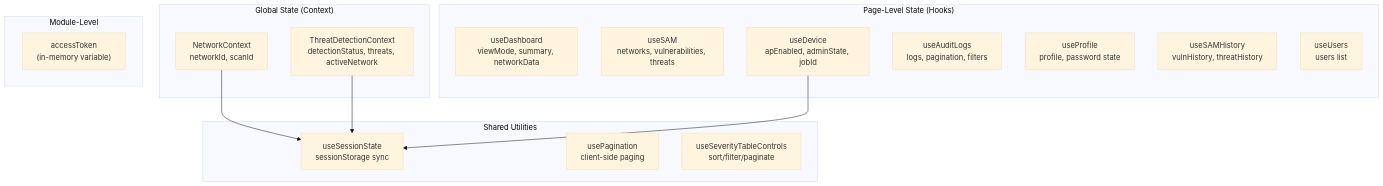
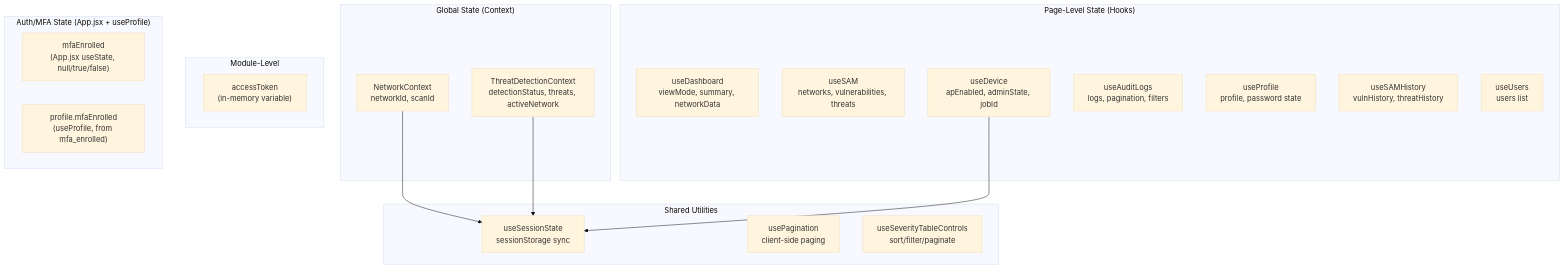
Before and after one commit to micoescsr/testWebApp: the first of 2 diagrams in docs/STATE_MANAGEMENT.md, drawn with Mermaid (base theme). The commit also changed other lines of this file and 12 other files, not shown here.

````diff
--- a/docs/STATE_MANAGEMENT.md
+++ b/docs/STATE_MANAGEMENT.md
@@ -11,31 +16,36 @@
 ```mermaid
 graph TD
     subgraph "Global State (Context)"
         NC["NetworkContext<br/>networkId, scanId"]
         TDC["ThreatDetectionContext<br/>detectionStatus, threats, activeNetwork"]
     end
 
     subgraph "Page-Level State (Hooks)"
         HD["useDashboard<br/>viewMode, summary, networkData"]
         HS["useSAM<br/>networks, vulnerabilities, threats"]
         HDV["useDevice<br/>apEnabled, adminState, jobId"]
         HA["useAuditLogs<br/>logs, pagination, filters"]
         HP["useProfile<br/>profile, password state"]
         HH["useSAMHistory<br/>vulnHistory, threatHistory"]
         HU["useUsers<br/>users list"]
     end
 
     subgraph "Shared Utilities"
         SS["useSessionState<br/>sessionStorage sync"]
         PG["usePagination<br/>client-side paging"]
         STC["useSeverityTableControls<br/>sort/filter/paginate"]
     end
 
     subgraph "Module-Level"
         AT["accessToken<br/>(in-memory variable)"]
     end
 
+    subgraph "Auth/MFA State (App.jsx + useProfile)"
+        MFAE["mfaEnrolled<br/>(App.jsx useState, null/true/false)"]
+        PROFMFA["profile.mfaEnrolled<br/>(useProfile, from mfa_enrolled)"]
+    end
+
     NC --> SS
     TDC --> SS
     HDV --> SS
 ```
````
